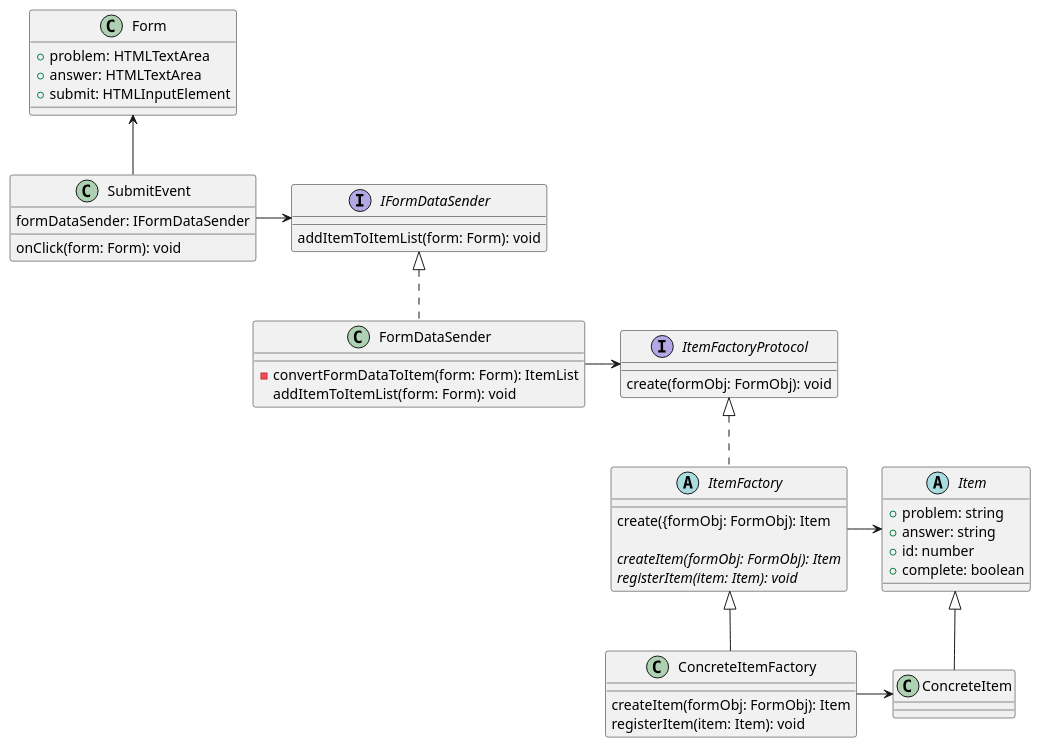
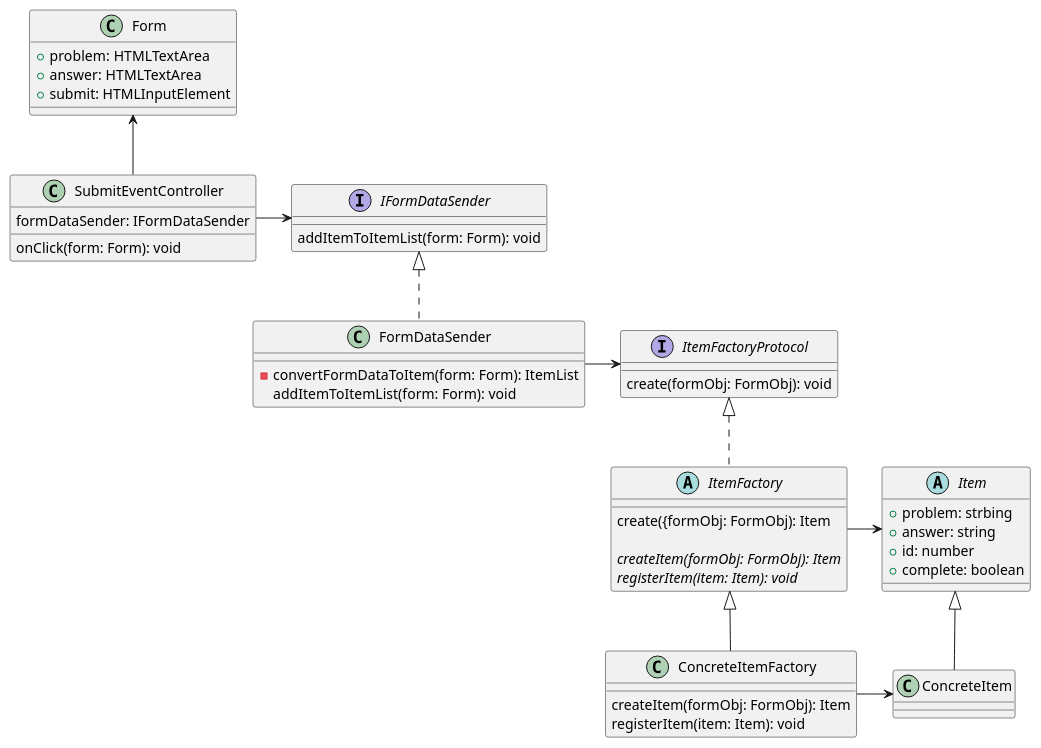
The diagram in sendFormDataToItemList.puml (YNSTakeru/todo_practice), drawn with PlantUML before and after one commit. The commit also changed 12 other files, not shown here.

```diff
--- a/sendFormDataToItemList.puml
+++ b/sendFormDataToItemList.puml
@@ -1,57 +1,57 @@
 @startuml SendFormDataToItemList
 class Form{
     + problem: HTMLTextArea
     + answer: HTMLTextArea
     + submit: HTMLInputElement
 }
 
 abstract class Item{
-    + problem: string
+    + problem: strbing
     + answer: string
     + id: number
     + complete: boolean
 }
 
 interface ItemFactoryProtocol{
     create(formObj: FormObj): void
 }
 
 class ConcreteItem extends Item{}
 
 abstract class ItemFactory{
     create({formObj: FormObj): Item
 
     {abstract} createItem(formObj: FormObj): Item
     {abstract} registerItem(item: Item): void
 }
 
 class ConcreteItemFactory extends ItemFactory{
     createItem(formObj: FormObj): Item
     registerItem(item: Item): void
 }
 
 
-class SubmitEvent{
+class SubmitEventController{
     formDataSender: IFormDataSender
     onClick(form: Form): void
 }
 
 
 interface IFormDataSender{
     addItemToItemList(form: Form): void
 }
 
 class FormDataSender{
     - convertFormDataToItem(form: Form): ItemList
     addItemToItemList(form: Form): void
 }
 
-Form <-- SubmitEvent
-SubmitEvent -> IFormDataSender
+Form <-- SubmitEventController
+SubmitEventController -> IFormDataSender
 IFormDataSender <|-. FormDataSender
 ItemFactory -> Item
 ConcreteItemFactory -> ConcreteItem
 FormDataSender -> ItemFactoryProtocol
 ItemFactoryProtocol <|.- ItemFactory
 
 @enduml
```
